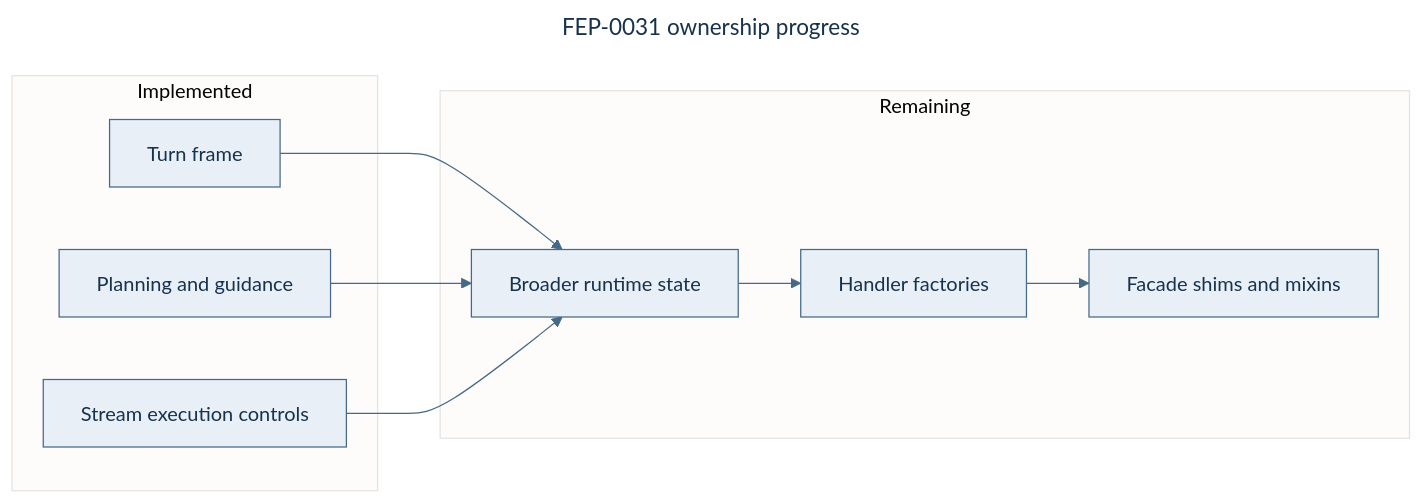
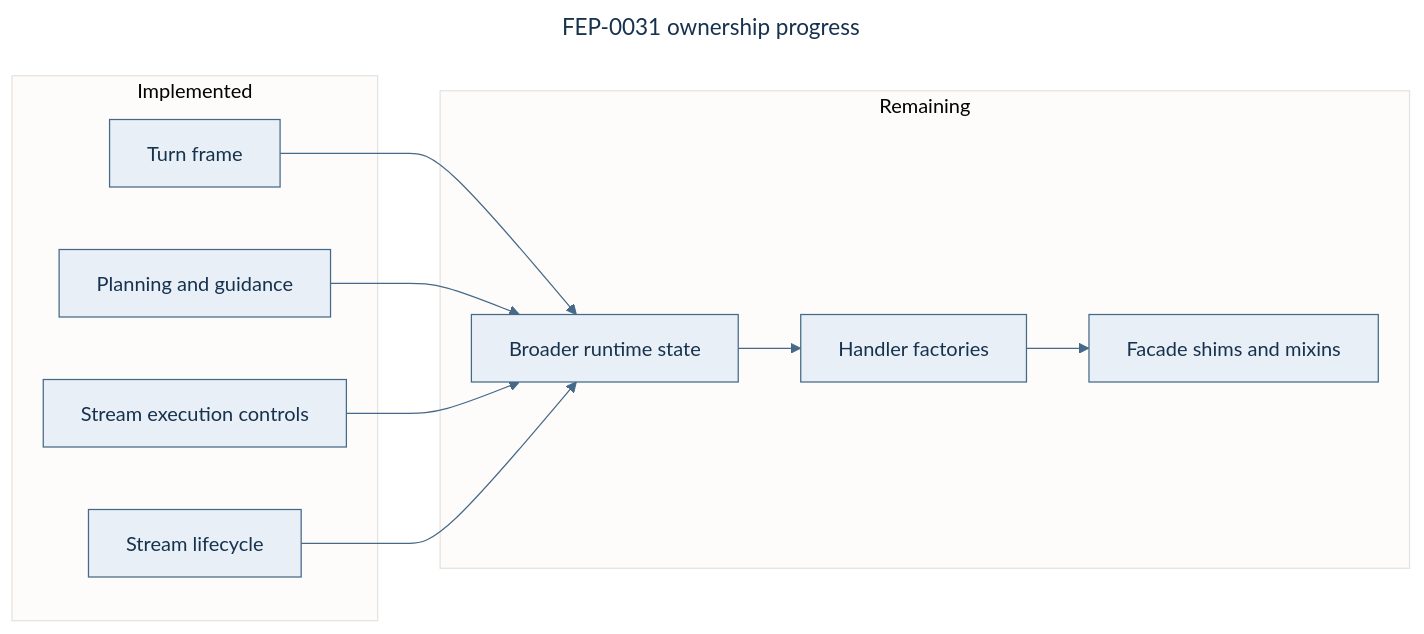
The second of 2 diagrams in docs/architecture/streaming-pipeline.md (anvai-labs/victor), drawn with Mermaid before and after one commit. The commit also changed other lines of this file and 16 other files, not shown here.

````diff
--- a/docs/architecture/streaming-pipeline.md
+++ b/docs/architecture/streaming-pipeline.md
@@ -86,21 +89,23 @@
 ```mermaid
 ---
 title: FEP-0031 ownership progress
 ---
 %%{init: {"theme":"base","themeVariables":{"primaryColor":"#E8EFF7","primaryTextColor":"#17324D","primaryBorderColor":"#456987","lineColor":"#456987","fontFamily":"Arial"}}}%%
 flowchart LR
   subgraph DONE["Implemented"]
     T["Turn frame"]
     P["Planning and guidance"]
     E["Stream execution controls"]
+    L["Stream lifecycle"]
   end
   subgraph NEXT["Remaining"]
     S["Broader runtime state"]
     F["Handler factories"]
     M["Facade shims and mixins"]
   end
   T --> S
   P --> S
   E --> S
+  L --> S
   S --> F --> M
 ```
````
